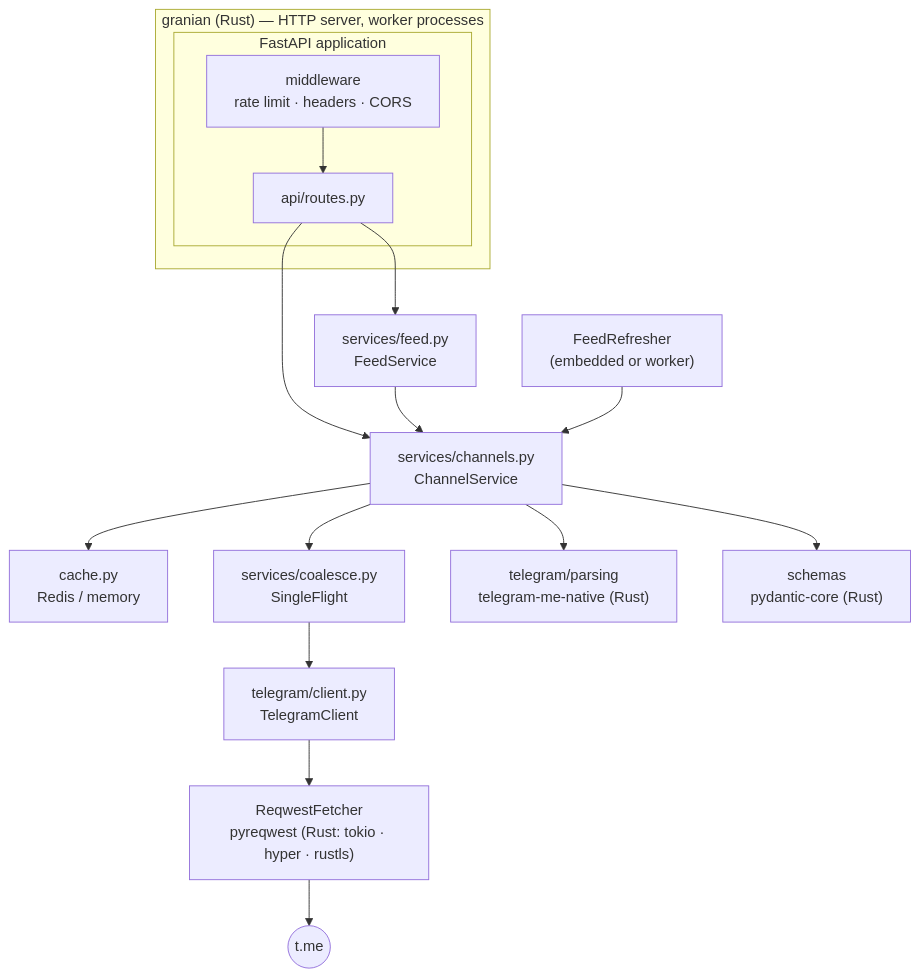
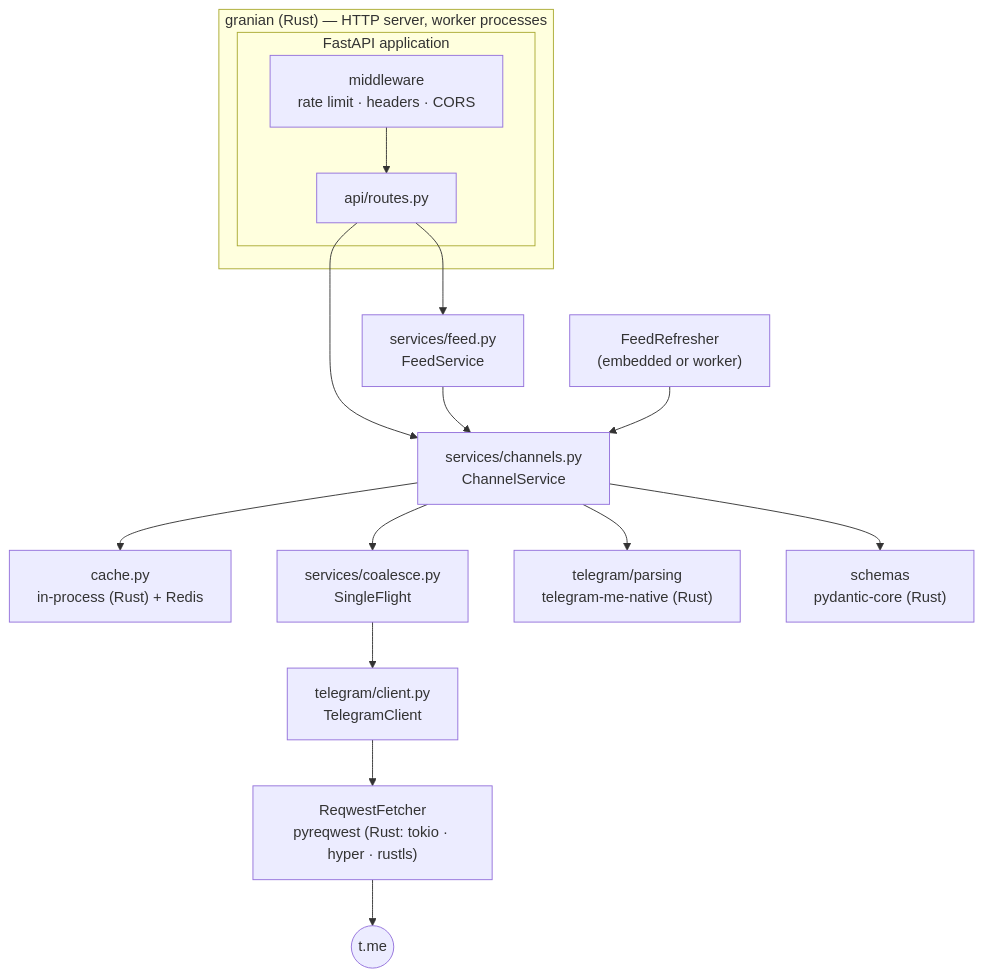
One commit to koval01/telegram-me changed the diagram in docs/internals/architecture.md. Above: the diagram before and after it, drawn with Mermaid. The commit also changed other lines of this file and 21 other files, not shown here.

First line of the commit message:
Answer repeated requests from an in-process cache in front of Redis

````diff
--- a/docs/internals/architecture.md
+++ b/docs/internals/architecture.md
@@ -9,21 +9,21 @@
 ```mermaid
 flowchart TB
     subgraph granian["granian (Rust) — HTTP server, worker processes"]
         subgraph app["FastAPI application"]
             MW["middleware<br/>rate limit · headers · CORS"]
             R["api/routes.py"]
             MW --> R
         end
     end
     R --> CS["services/channels.py<br/>ChannelService"]
     R --> FS["services/feed.py<br/>FeedService"]
     FS --> CS
     RF["FeedRefresher<br/>(embedded or worker)"] --> CS
-    CS --> C["cache.py<br/>Redis / memory"]
+    CS --> C["cache.py<br/>in-process (Rust) + Redis"]
     CS --> SF["services/coalesce.py<br/>SingleFlight"]
     SF --> TC["telegram/client.py<br/>TelegramClient"]
     TC --> F["ReqwestFetcher<br/>pyreqwest (Rust: tokio · hyper · rustls)"]
     F --> T(("t.me"))
     CS --> P["telegram/parsing<br/>telegram-me-native (Rust)"]
     CS --> V["schemas<br/>pydantic-core (Rust)"]
 ```
````
